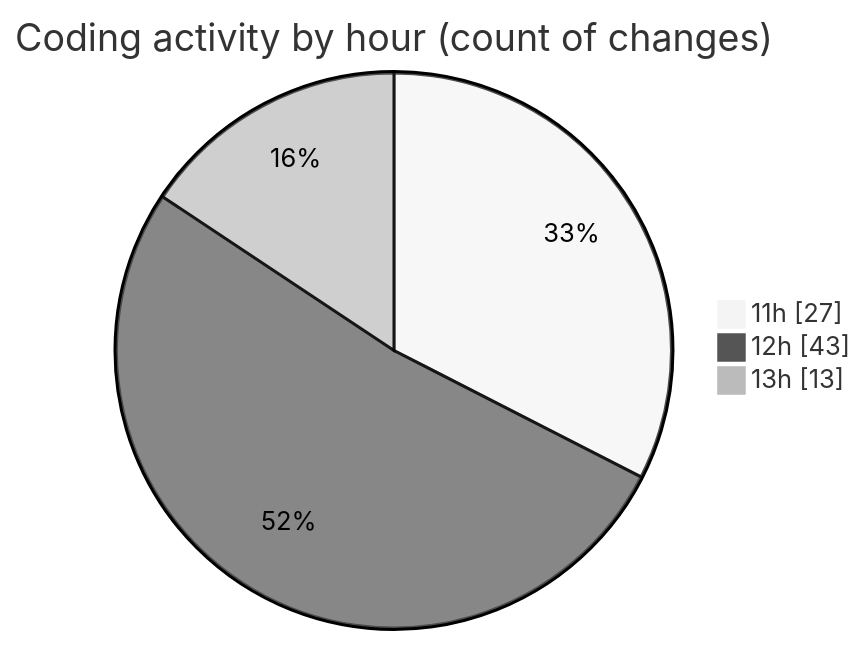
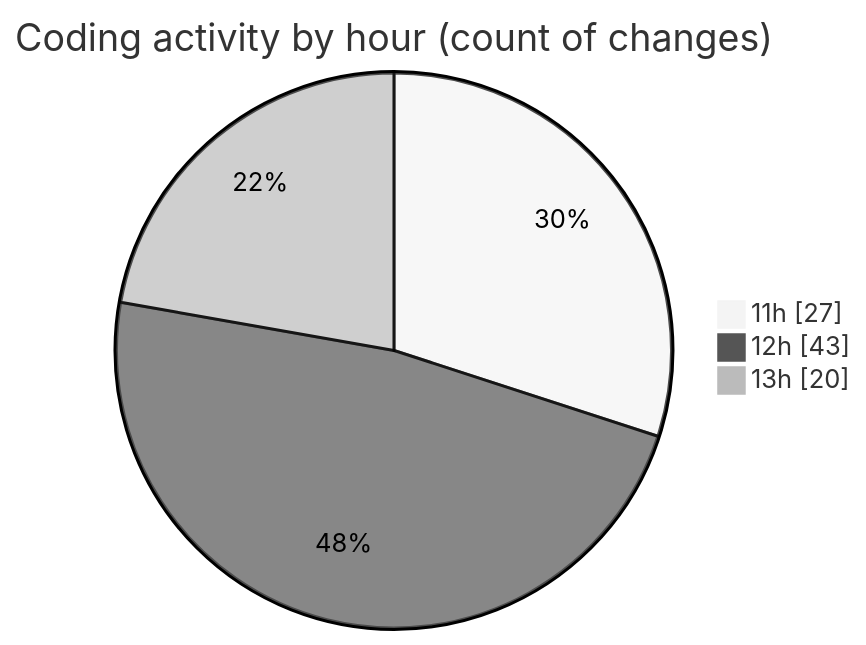
Before and after one commit to momahboobian/code-tracking: the second of 2 diagrams in 2026-01-05/cda/README.md, drawn with Mermaid (neutral theme). The commit also changed other lines of this file and 1 other file, not shown here.

````diff
--- a/2026-01-05/cda/README.md
+++ b/2026-01-05/cda/README.md
@@ -35,7 +35,7 @@
 ```mermaid
 pie showData
 title Coding activity by hour (count of changes)
 "11h" : 27
 "12h" : 43
-"13h" : 13
+"13h" : 20
 ```
````
